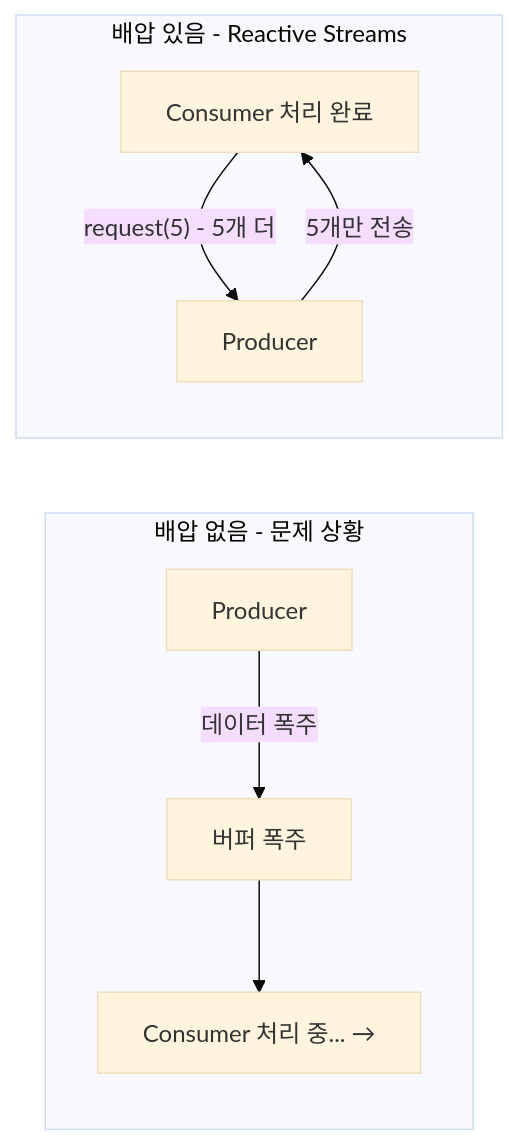
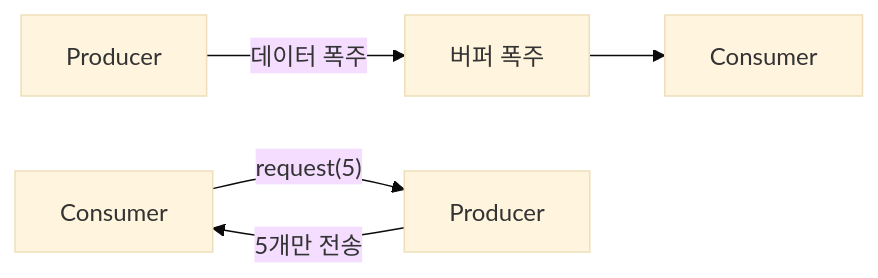
Before and after one commit to yjkim2015/yjkim2015.github.io: the fourth of 9 diagrams in _posts/spring/2026-05-01-spring-webflux.md, drawn with Mermaid (base theme). The commit also changed other lines of this file and 155 other files, not shown here.

First line of the commit message:
Mermaid 전면 수정: subgraph 제거, participant/노드/줄수 축소 (342블록)

````diff
--- a/_posts/spring/2026-05-01-spring-webflux.md
+++ b/_posts/spring/2026-05-01-spring-webflux.md
@@ -120,10 +120,6 @@
 ```mermaid
 graph LR
-    subgraph "배압 없음 - 문제 상황"
-        P1[Producer] -->|"데이터 폭주"| B1["버퍼 폭주"] --> C1["Consumer 처리 중... →"]
-    end
-    subgraph "배압 있음 - Reactive Streams"
-        C2["Consumer 처리 완료"] -->|"request(5) - 5개 더"| P2[Producer]
-        P2 -->|"5개만 전송"| C2
-    end
+    P1[Producer] -->|"데이터 폭주"| B1["버퍼 폭주"] --> C1["Consumer"]
+    C2["Consumer"] -->|"request(5)"| P2[Producer]
+    P2 -->|"5개만 전송"| C2
 ```
````
